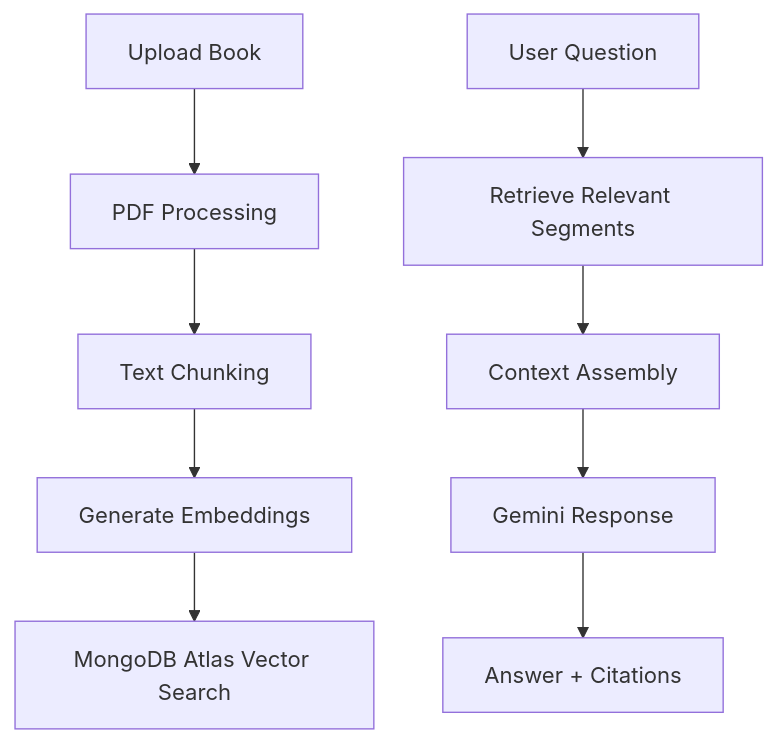
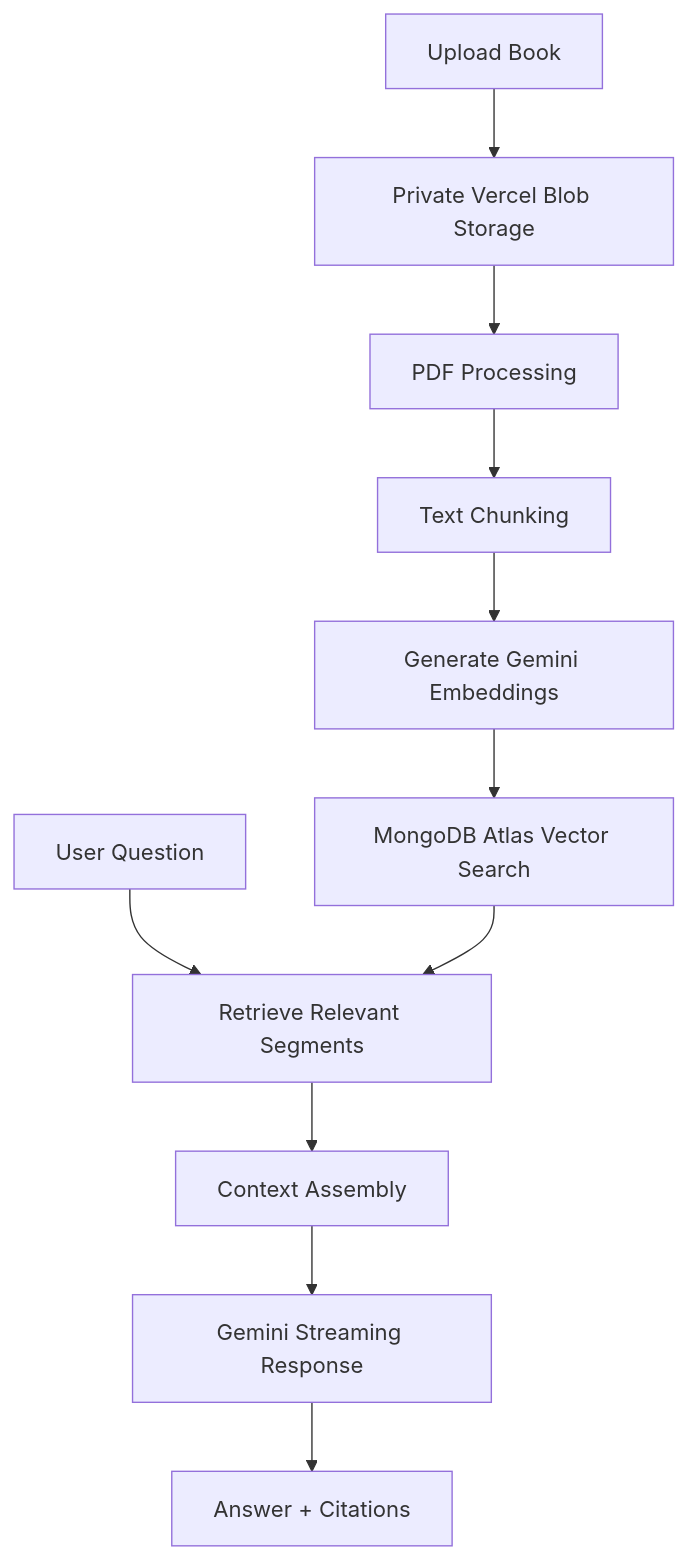
One commit to venkat-suresh-dev/mindvault-ai changed the third of 3 diagrams in README.md. Above: the diagram before and after it, drawn with Mermaid. The commit also changed other lines of this file, not shown here.

Commit message:
docs: update README with current product capabilities and architecture

````diff
--- a/README.md
+++ b/README.md
@@ -167,12 +177,14 @@
 ```mermaid
 flowchart TD
-  A["Upload Book"] --> B["PDF Processing"]
-  B --> C["Text Chunking"]
-  C --> D["Generate Embeddings"]
-  D --> E["MongoDB Atlas Vector Search"]
+  A["Upload Book"] --> B["Private Vercel Blob Storage"]
+  B --> C["PDF Processing"]
+  C --> D["Text Chunking"]
+  D --> E["Generate Gemini Embeddings"]
+  E --> F["MongoDB Atlas Vector Search"]
 
-  F["User Question"] --> G["Retrieve Relevant Segments"]
-  G --> H["Context Assembly"]
-  H --> I["Gemini Response"]
-  I --> J["Answer + Citations"]
+  G["User Question"] --> H["Retrieve Relevant Segments"]
+  F --> H
+  H --> I["Context Assembly"]
+  I --> J["Gemini Streaming Response"]
+  J --> K["Answer + Citations"]
 ```
````
